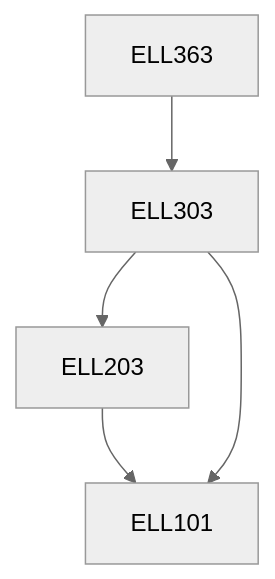
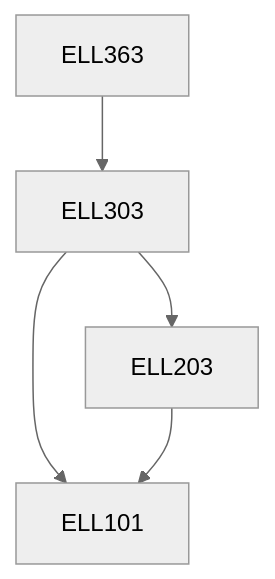
One commit to KeshavBansal0122/CoS_Website changed the diagram in content/Electrical Engineering/ELL363.md. Above: the diagram before and after it, drawn with Mermaid (neutral theme). The commit also changed other lines of this file and 2662 other files, not shown here.

````diff
--- a/content/Electrical Engineering/ELL363.md
+++ b/content/Electrical Engineering/ELL363.md
@@ -15,11 +15,11 @@
 ```mermaid
 flowchart TD
 ELL363-325[ELL363]
-ELL203-325 --> ELL101-325[ELL101]
 ELL303-325 --> ELL101-325[ELL101]
 ELL363-325 --> ELL303-325[ELL303]
 ELL303-325 --> ELL203-325[ELL203]
+ELL203-325 --> ELL101-325[ELL101]
 
 classDef empty height:17px, fill:transparent, stroke:transparent;
 classDef trueEmpty height:0px, width:0px;
 ```
````
